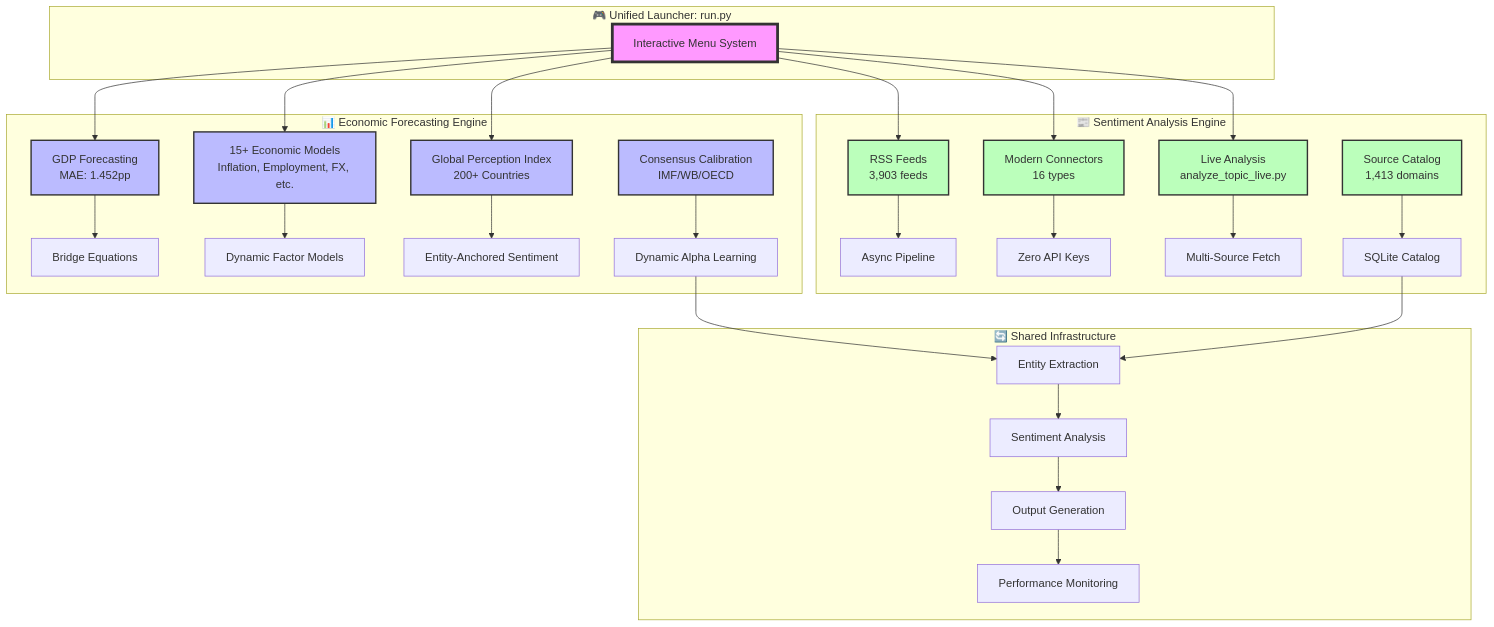
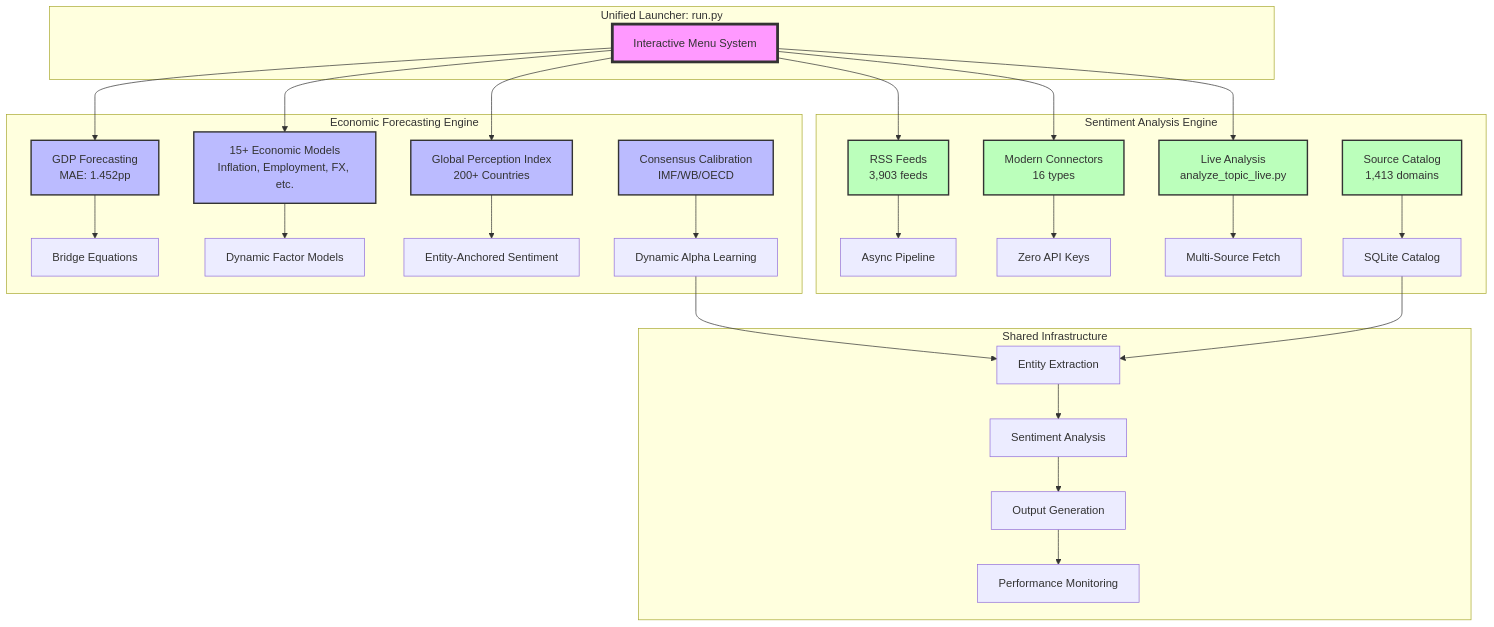
The second of 9 diagrams in README.md (BigMe123/BRGSentimentbot), drawn with Mermaid before and after one commit. The commit also changed other lines of this file and 103 other files, not shown here.

````diff
--- a/README.md
+++ b/README.md
@@ -205,60 +205,60 @@
 ```mermaid
 graph TB
-    subgraph "🎮 Unified Launcher: run.py"
-        A[Interactive Menu System]
-    end
+ subgraph "Unified Launcher: run.py"
+ A[Interactive Menu System]
+ end
 
-    subgraph "📊 Economic Forecasting Engine"
-        B1[GDP Forecasting<br/>MAE: 1.452pp]
-        B2[15+ Economic Models<br/>Inflation, Employment, FX, etc.]
-        B3[Global Perception Index<br/>200+ Countries]
-        B4[Consensus Calibration<br/>IMF/WB/OECD]
+ subgraph "Economic Forecasting Engine"
+ B1[GDP Forecasting<br/>MAE: 1.452pp]
+ B2[15+ Economic Models<br/>Inflation, Employment, FX, etc.]
+ B3[Global Perception Index<br/>200+ Countries]
+ B4[Consensus Calibration<br/>IMF/WB/OECD]
 
-        B1 --> B5[Bridge Equations]
-        B2 --> B6[Dynamic Factor Models]
-        B3 --> B7[Entity-Anchored Sentiment]
-        B4 --> B8[Dynamic Alpha Learning]
-    end
+ B1 --> B5[Bridge Equations]
+ B2 --> B6[Dynamic Factor Models]
+ B3 --> B7[Entity-Anchored Sentiment]
+ B4 --> B8[Dynamic Alpha Learning]
+ end
 
-    subgraph "📰 Sentiment Analysis Engine"
-        C1[RSS Feeds<br/>3,903 feeds]
-        C2[Modern Connectors<br/>16 types]
-        C3[Live Analysis<br/>analyze_topic_live.py]
-        C4[Source Catalog<br/>1,413 domains]
+ subgraph "Sentiment Analysis Engine"
+ C1[RSS Feeds<br/>3,903 feeds]
+ C2[Modern Connectors<br/>16 types]
+ C3[Live Analysis<br/>analyze_topic_live.py]
+ C4[Source Catalog<br/>1,413 domains]
 
-        C1 --> C5[Async Pipeline]
-        C2 --> C6[Zero API Keys]
-        C3 --> C7[Multi-Source Fetch]
-        C4 --> C8[SQLite Catalog]
-    end
+ C1 --> C5[Async Pipeline]
+ C2 --> C6[Zero API Keys]
+ C3 --> C7[Multi-Source Fetch]
+ C4 --> C8[SQLite Catalog]
+ end
 
-    subgraph "🔄 Shared Infrastructure"
-        D1[Entity Extraction]
-        D2[Sentiment Analysis]
-        D3[Output Generation]
-        D4[Performance Monitoring]
-    end
+ subgraph "Shared Infrastructure"
+ D1[Entity Extraction]
+ D2[Sentiment Analysis]
+ D3[Output Generation]
+ D4[Performance Monitoring]
+ end
 
-    A --> B1
-    A --> B2
-    A --> B3
-    A --> C1
-    A --> C2
-    A --> C3
+ A --> B1
+ A --> B2
+ A --> B3
+ A --> C1
+ A --> C2
+ A --> C3
 
-    B8 --> D1
-    C8 --> D1
-    D1 --> D2
-    D2 --> D3
-    D3 --> D4
+ B8 --> D1
+ C8 --> D1
+ D1 --> D2
+ D2 --> D3
+ D3 --> D4
 
-    style A fill:#f9f,stroke:#333,stroke-width:4px
-    style B1 fill:#bbf,stroke:#333,stroke-width:2px
-    style B2 fill:#bbf,stroke:#333,stroke-width:2px
-    style B3 fill:#bbf,stroke:#333,stroke-width:2px
-    style B4 fill:#bbf,stroke:#333,stroke-width:2px
-    style C1 fill:#bfb,stroke:#333,stroke-width:2px
-    style C2 fill:#bfb,stroke:#333,stroke-width:2px
-    style C3 fill:#bfb,stroke:#333,stroke-width:2px
-    style C4 fill:#bfb,stroke:#333,stroke-width:2px
+ style A fill:#f9f,stroke:#333,stroke-width:4px
+ style B1 fill:#bbf,stroke:#333,stroke-width:2px
+ style B2 fill:#bbf,stroke:#333,stroke-width:2px
+ style B3 fill:#bbf,stroke:#333,stroke-width:2px
+ style B4 fill:#bbf,stroke:#333,stroke-width:2px
+ style C1 fill:#bfb,stroke:#333,stroke-width:2px
+ style C2 fill:#bfb,stroke:#333,stroke-width:2px
+ style C3 fill:#bfb,stroke:#333,stroke-width:2px
+ style C4 fill:#bfb,stroke:#333,stroke-width:2px
 ```
````
